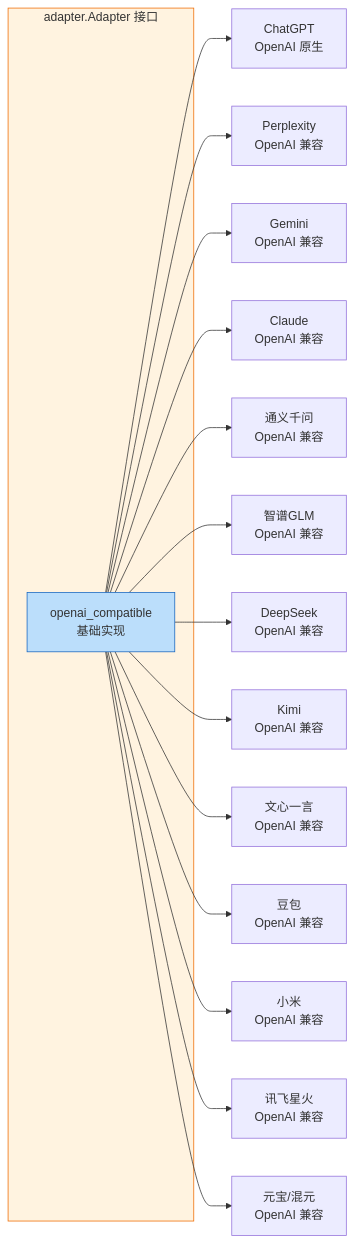
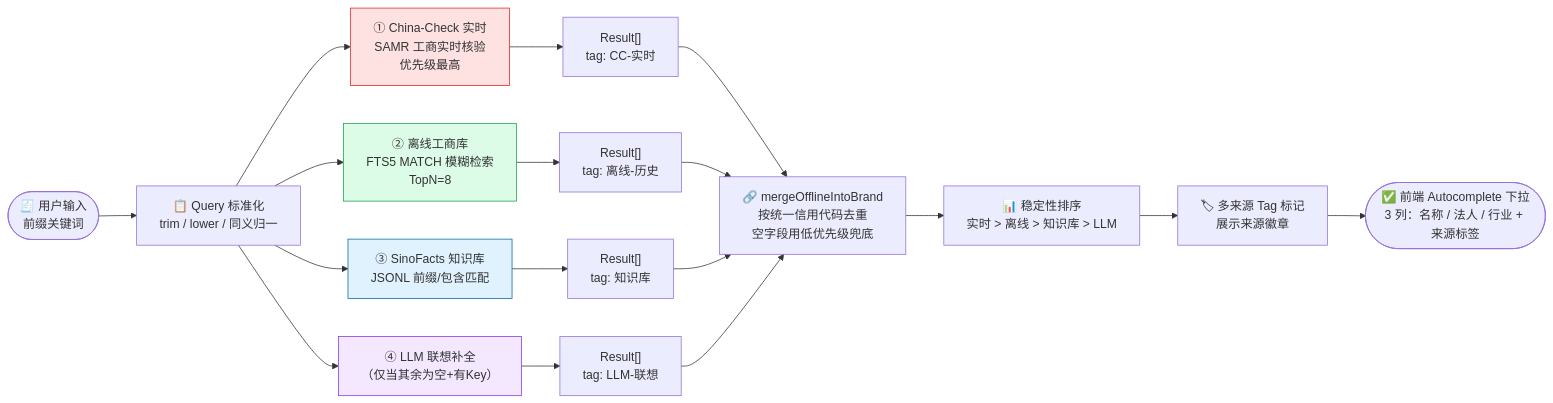
Before and after one commit to deep2code/geo: diagram 15 of 31 in docs/architecture.md, drawn with Mermaid. The commit also changed other lines of this file and 3 other files, not shown here.

First line of the commit message:
docs: 全面美化文档，大量采用 Mermaid 图表

````diff
--- a/docs/architecture.md
+++ b/docs/architecture.md
@@ -231,23 +387,24 @@
 ```mermaid
-graph LR
-    subgraph 适配器["adapter.Adapter 接口"]
-        BASE["openai_compatible<br/>基础实现"]
-    end
+flowchart LR
+    INPUT(["🧾 用户输入<br/>前缀关键词"]) --> Q["📋 Query 标准化<br/>trim / lower / 同义归一"]
 
-    BASE --> GPT["ChatGPT<br/>OpenAI 原生"]
-    BASE --> PPX["Perplexity<br/>OpenAI 兼容"]
-    BASE --> GEM["Gemini<br/>OpenAI 兼容"]
-    BASE --> CLD["Claude<br/>OpenAI 兼容"]
-    BASE --> QWN["通义千问<br/>OpenAI 兼容"]
-    BASE --> GLM["智谱GLM<br/>OpenAI 兼容"]
-    BASE --> DSP["DeepSeek<br/>OpenAI 兼容"]
-    BASE --> KMI["Kimi<br/>OpenAI 兼容"]
-    BASE --> WEN["文心一言<br/>OpenAI 兼容"]
-    BASE --> DBB["豆包<br/>OpenAI 兼容"]
-    BASE --> XMI["小米<br/>OpenAI 兼容"]
-    BASE --> XUF["讯飞星火<br/>OpenAI 兼容"]
-    BASE --> YNB["元宝/混元<br/>OpenAI 兼容"]
+    Q --> P1["① China-Check 实时<br/>SAMR 工商实时核验<br/>优先级最高"]
+    Q --> P2["② 离线工商库<br/>FTS5 MATCH 模糊检索<br/>TopN=8"]
+    Q --> P3["③ SinoFacts 知识库<br/>JSONL 前缀/包含匹配"]
+    Q --> P4["④ LLM 联想补全<br/>（仅当其余为空+有Key）"]
 
-    style BASE fill:#bbdefb,stroke:#1565c0
-    style 适配器 fill:#fff3e0,stroke:#ef6c00
+    P1 --> R1["Result[]<br/>tag: CC-实时"]
+    P2 --> R2["Result[]<br/>tag: 离线-历史"]
+    P3 --> R3["Result[]<br/>tag: 知识库"]
+    P4 --> R4["Result[]<br/>tag: LLM-联想"]
+
+    R1 & R2 & R3 & R4 --> MERGE["🔗 mergeOfflineIntoBrand<br/>按统一信用代码去重<br/>空字段用低优先级兜底"]
+    MERGE --> SORT["📊 稳定性排序<br/>实时 > 离线 > 知识库 > LLM"]
+    SORT --> TAG["🏷 多来源 Tag 标记<br/>展示来源徽章"]
+    TAG --> OUT(["✅ 前端 Autocomplete 下拉<br/>3 列：名称 / 法人 / 行业 + 来源标签"])
+
+    style P1 fill:#fee2e2,stroke:#dc2626
+    style P2 fill:#dcfce7,stroke:#16a34a
+    style P3 fill:#e0f2fe,stroke:#0369a1
+    style P4 fill:#f3e8ff,stroke:#7c3aed
 ```
````
